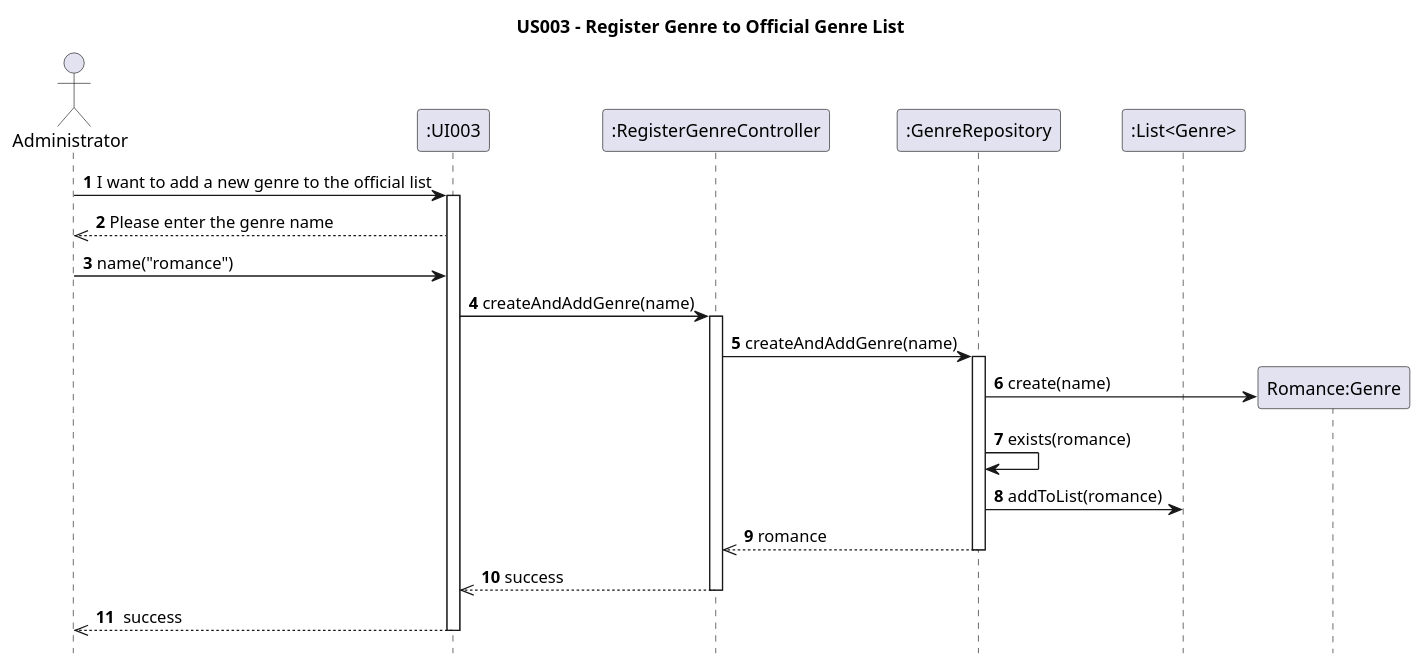
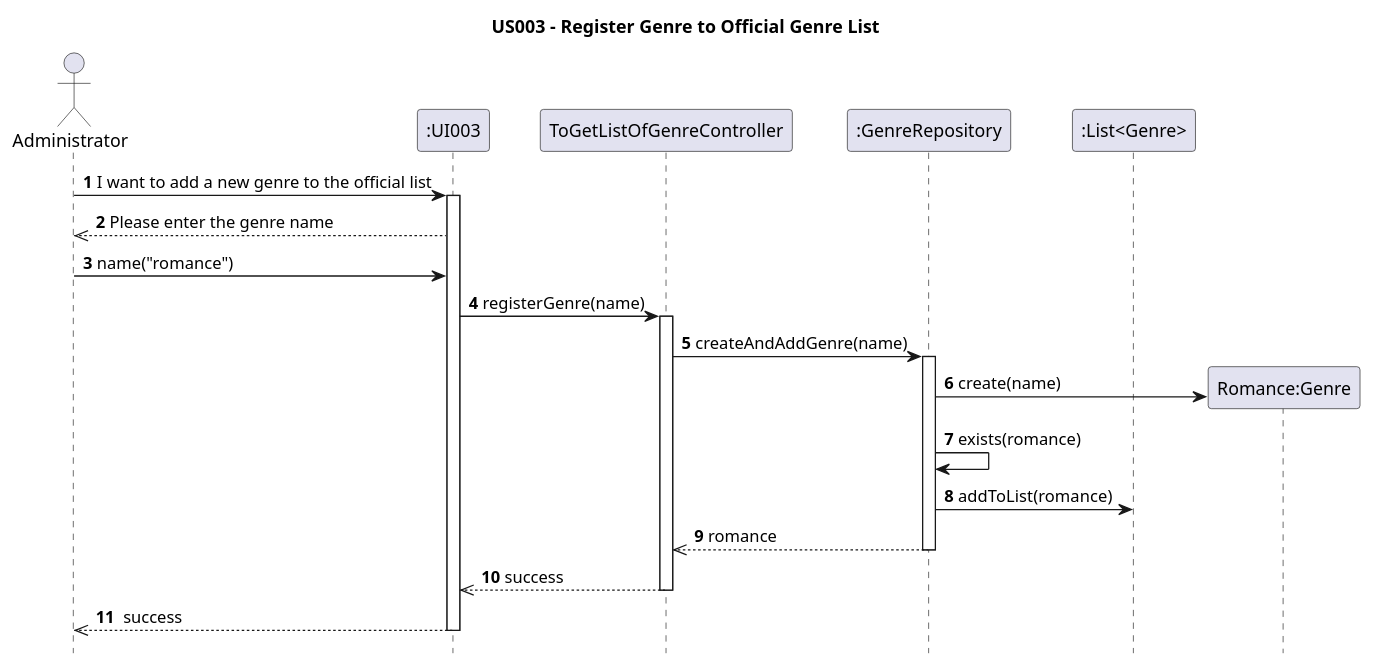
One commit to AndrePereiraGitH/SWitCH-Project-Team_A changed the diagram in Diagrams/SequenceDiagrams/N2/US003 -To-add-a-publication-genre-to-the-genre-list.puml. Above: the diagram before and after it, drawn with PlantUML. The commit also changed 8 other files, not shown here.

```diff
--- a/Diagrams/SequenceDiagrams/N2/US003 -To-add-a-publication-genre-to-the-genre-list.puml
+++ b/Diagrams/SequenceDiagrams/N2/US003 -To-add-a-publication-genre-to-the-genre-list.puml
@@ -1,45 +1,45 @@
 @startuml
 hide footbox
 title US003 - Register Genre to Official Genre List
 
 
 actor Administrator
 participant ":UI003" as UI
 
-participant ":RegisterGenreController" as RegisterGenreController
+participant "ToGetListOfGenreController" as RegisterGenreController
 
 participant ":GenreRepository" as GenreRepository
 participant ":List<Genre>" as LG
 
 Administrator -> UI : **1** I want to add a new genre to the official list
 
 activate UI
 
 UI -->> Administrator : **2** Please enter the genre name
 Administrator -> UI : **3** name("romance")
 
 
-UI -> RegisterGenreController : **4** createAndAddGenre(name)
+UI -> RegisterGenreController : **4** registerGenre(name)
 activate RegisterGenreController
 
 RegisterGenreController -> GenreRepository : **5** createAndAddGenre(name)
 activate GenreRepository
 
   create "Romance:Genre" as Genre
 
   GenreRepository -> Genre : **6** create(name)
   GenreRepository -> GenreRepository : **7** exists(romance)
 
   GenreRepository -> LG : **8** addToList(romance)
   GenreRepository  -->> RegisterGenreController : **9** romance
 
 
 deactivate GenreRepository
 
 RegisterGenreController -->> UI : **10** success
 deactivate RegisterGenreController
 
 UI -->> Administrator : **11**  success
 deactivate UI
 
 @enduml
```
